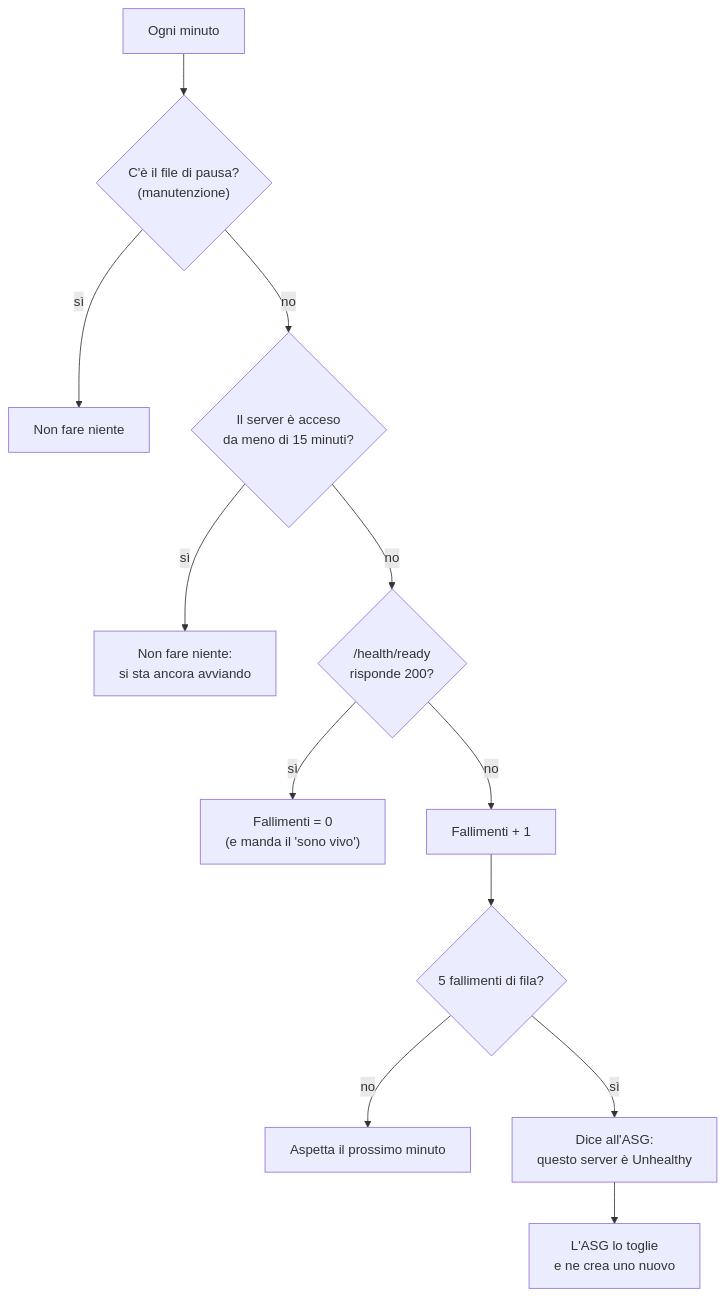
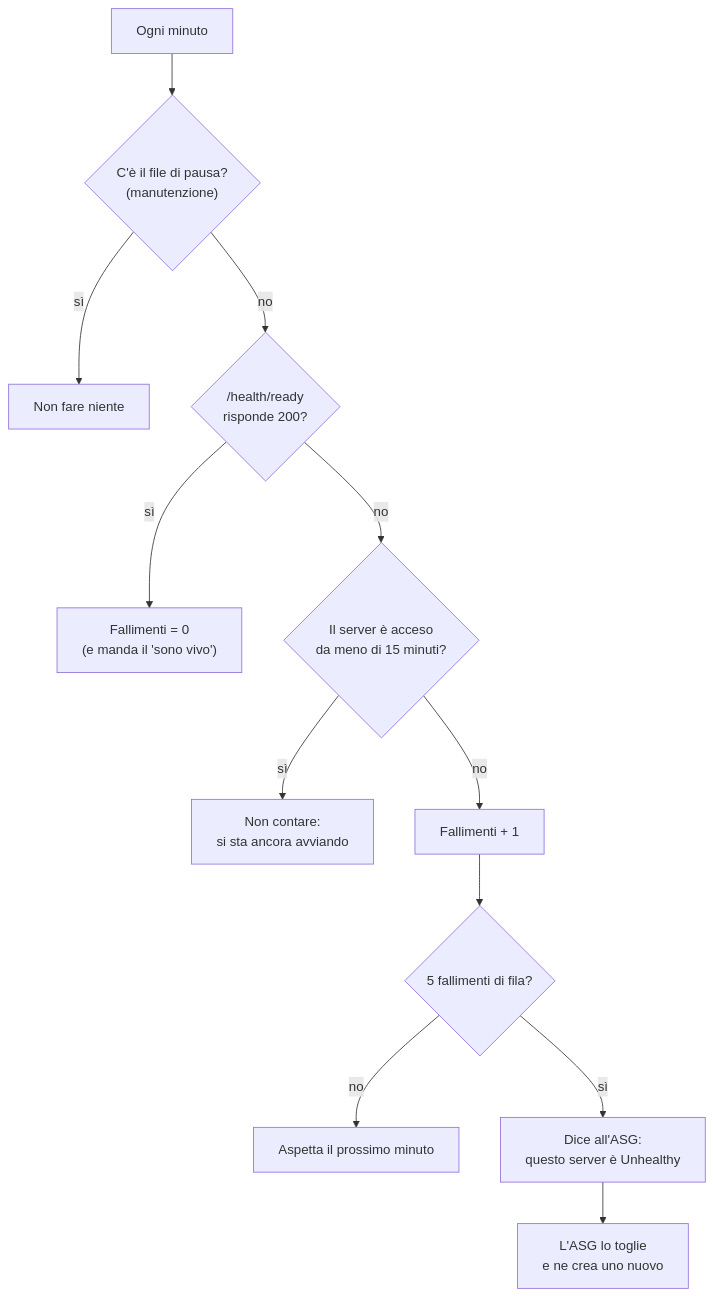
One commit to cereZ23/aws changed the second of 2 diagrams in dispense/dispensa-9-allarmi.md. Above: the diagram before and after it, drawn with Mermaid. The commit also changed other lines of this file and 7 other files, not shown here.

````diff
--- a/dispense/dispensa-9-allarmi.md
+++ b/dispense/dispensa-9-allarmi.md
@@ -140,14 +140,14 @@
 ```mermaid
 flowchart TD
     T["Ogni minuto"] --> P{"C'è il file di pausa?<br/>(manutenzione)"}
     P -->|"sì"| S1["Non fare niente"]
-    P -->|"no"| G{"Il server è acceso<br/>da meno di 15 minuti?"}
-    G -->|"sì"| S2["Non fare niente:<br/>si sta ancora avviando"]
-    G -->|"no"| R{"/health/ready<br/>risponde 200?"}
+    P -->|"no"| R{"/health/ready<br/>risponde 200?"}
     R -->|"sì"| OK["Fallimenti = 0<br/>(e manda il 'sono vivo')"]
-    R -->|"no"| F["Fallimenti + 1"]
+    R -->|"no"| G{"Il server è acceso<br/>da meno di 15 minuti?"}
+    G -->|"sì"| S2["Non contare:<br/>si sta ancora avviando"]
+    G -->|"no"| F["Fallimenti + 1"]
     F --> Q{"5 fallimenti di fila?"}
     Q -->|"no"| S3["Aspetta il prossimo minuto"]
     Q -->|"sì"| U["Dice all'ASG:<br/>questo server è Unhealthy"]
     U --> ASG["L'ASG lo toglie<br/>e ne crea uno nuovo"]
 ```
````
